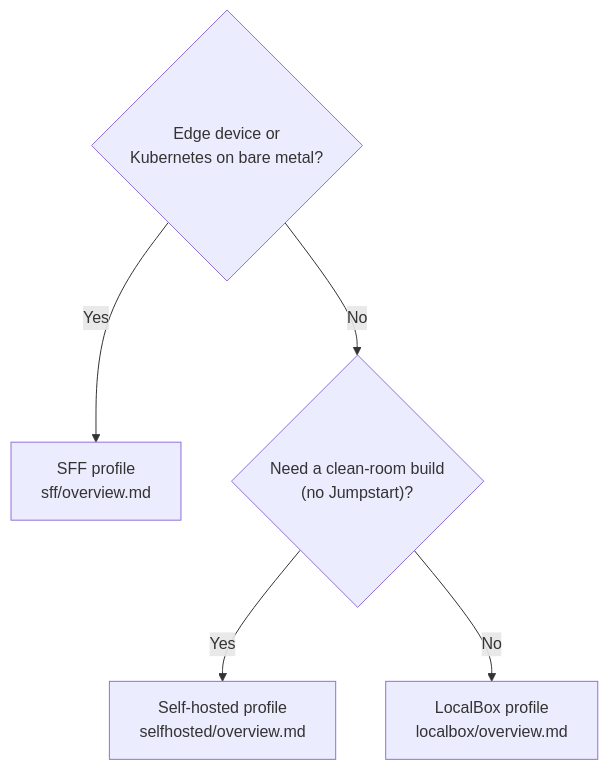
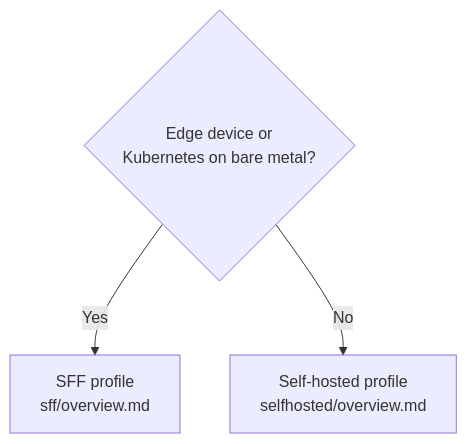
Before and after one commit to jonathan-vella/apex-localops: the diagram in docs/choose-a-profile.md, drawn with Mermaid. The commit also changed other lines of this file and 76 other files, not shown here.

First line of the commit message:
Retire the LocalBox (Arc Jumpstart) profile; Self-hosted is now primary (v2.0.0)

````diff
--- a/docs/choose-a-profile.md
+++ b/docs/choose-a-profile.md
@@ -24,8 +21,6 @@
 ```mermaid
 flowchart TD
     Q1{"Edge device or<br/>Kubernetes on bare metal?"}
     Q1 -->|Yes| SFF["SFF profile<br/>sff/overview.md"]
-    Q1 -->|No| Q2{"Need a clean-room build<br/>(no Jumpstart)?"}
-    Q2 -->|Yes| SELF["Self-hosted profile<br/>selfhosted/overview.md"]
-    Q2 -->|No| LOCAL["LocalBox profile<br/>localbox/overview.md"]
+    Q1 -->|No| SELF["Self-hosted profile<br/>selfhosted/overview.md"]
 ```
````
